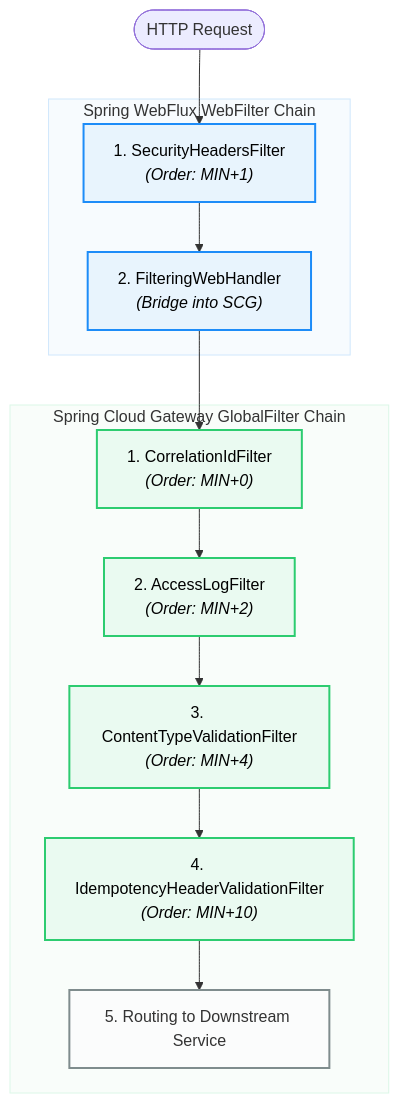
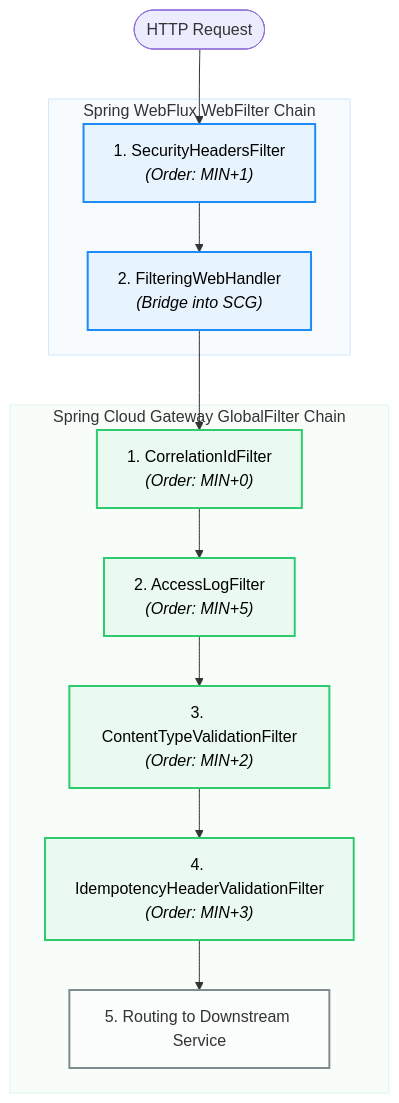
Before and after one commit to only1isthereyatharth/Flash-Wallet: the first of 3 diagrams in flash-wallet/api-gateway-summary.md, drawn with Mermaid. The commit also changed other lines of this file and 3 other files, not shown here.

````diff
--- a/flash-wallet/api-gateway-summary.md
+++ b/flash-wallet/api-gateway-summary.md
@@ -11,35 +11,35 @@
 ```mermaid
 flowchart TD
     req([HTTP Request]) --> shf
 
     subgraph WebFlux_Layer [Spring WebFlux WebFilter Chain]
         shf["1. SecurityHeadersFilter<br/><i>(Order: MIN+1)</i>"]:::webflux
         fwh["2. FilteringWebHandler<br/><i>(Bridge into SCG)</i>"]:::webflux
         shf --> fwh
     end
 
     subgraph SCG_Layer [Spring Cloud Gateway GlobalFilter Chain]
         cid["1. CorrelationIdFilter<br/><i>(Order: MIN+0)</i>"]:::scg
-        alf["2. AccessLogFilter<br/><i>(Order: MIN+2)</i>"]:::scg
-        ctv["3. ContentTypeValidationFilter<br/><i>(Order: MIN+4)</i>"]:::scg
-        idf["4. IdempotencyHeaderValidationFilter<br/><i>(Order: MIN+10)</i>"]:::scg
+        alf["2. AccessLogFilter<br/><i>(Order: MIN+5)</i>"]:::scg
+        ctv["3. ContentTypeValidationFilter<br/><i>(Order: MIN+2)</i>"]:::scg
+        idf["4. IdempotencyHeaderValidationFilter<br/><i>(Order: MIN+3)</i>"]:::scg
         route["5. Routing to Downstream Service"]:::external
         
         cid --> alf --> ctv --> idf --> route
     end
 
     fwh --> cid
 
     classDef webflux fill:#e8f4fd,stroke:#1d8cf8,stroke-width:2px,color:#000;
     classDef scg fill:#eafaf1,stroke:#2dcc70,stroke-width:2px,color:#000;
     classDef external fill:#fbfcfc,stroke:#7f8c8d,stroke-width:2px,color:#333;
 
     style WebFlux_Layer fill:#f7fbfe,stroke:#d0e7fc,stroke-width:1px;
     style SCG_Layer fill:#f9fdfa,stroke:#dcf7e7,stroke-width:1px;
 
     click shf "file:///c:/Users/parth/Flash-Wallet/flash-wallet/api-gateway/src/main/java/com/services/apigateway/filter/SecurityHeadersFilter.java" "Open SecurityHeadersFilter"
     click cid "file:///c:/Users/parth/Flash-Wallet/flash-wallet/api-gateway/src/main/java/com/services/apigateway/filter/CorrelationIdFilter.java" "Open CorrelationIdFilter"
     click alf "file:///c:/Users/parth/Flash-Wallet/flash-wallet/api-gateway/src/main/java/com/services/apigateway/filter/AccessLogFilter.java" "Open AccessLogFilter"
     click ctv "file:///c:/Users/parth/Flash-Wallet/flash-wallet/api-gateway/src/main/java/com/services/apigateway/filter/ContentTypeValidationFilter.java" "Open ContentTypeValidationFilter"
     click idf "file:///c:/Users/parth/Flash-Wallet/flash-wallet/api-gateway/src/main/java/com/services/apigateway/filter/IdempotencyHeaderValidationFilter.java" "Open IdempotencyHeaderValidationFilter"
 ```
````
